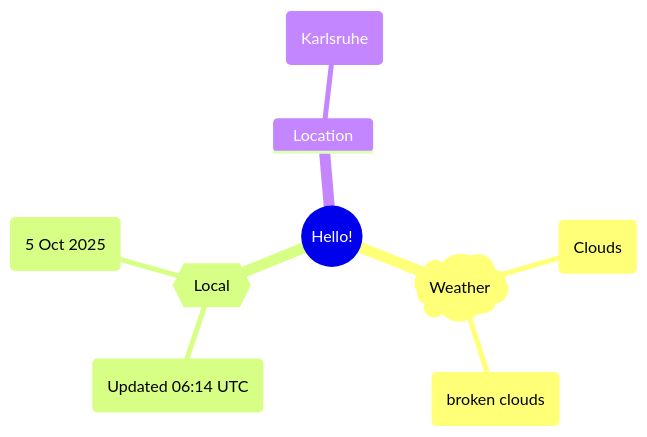
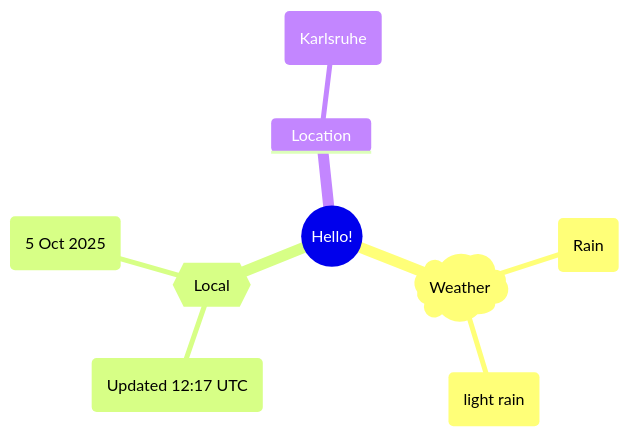
One commit to Xosrov/Xosrov changed the first of 2 diagrams in README.md. Above: the diagram before and after it, drawn with Mermaid.

Commit message:
[bot] updated images

````diff
--- a/README.md
+++ b/README.md
@@ -3,12 +3,12 @@
 ```mermaid
 mindmap
   root((Hello!))
     )Weather(
-        (Clouds)
-        (broken clouds)
+        (Rain)
+        (light rain)
     {{Local}}
-        (Updated 06:14 UTC)
+        (Updated 12:17 UTC)
         (5 Oct 2025)
     Location
         (Karlsruhe)
 ```
````
